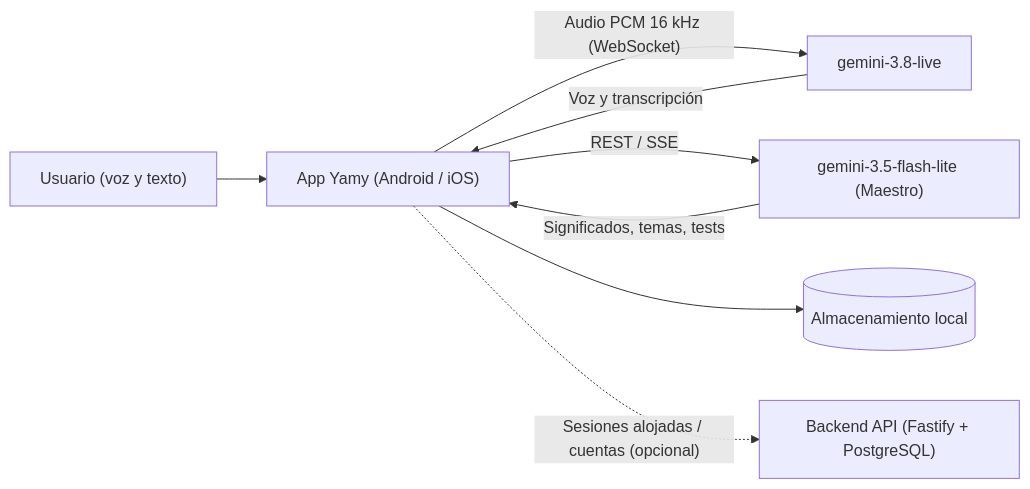
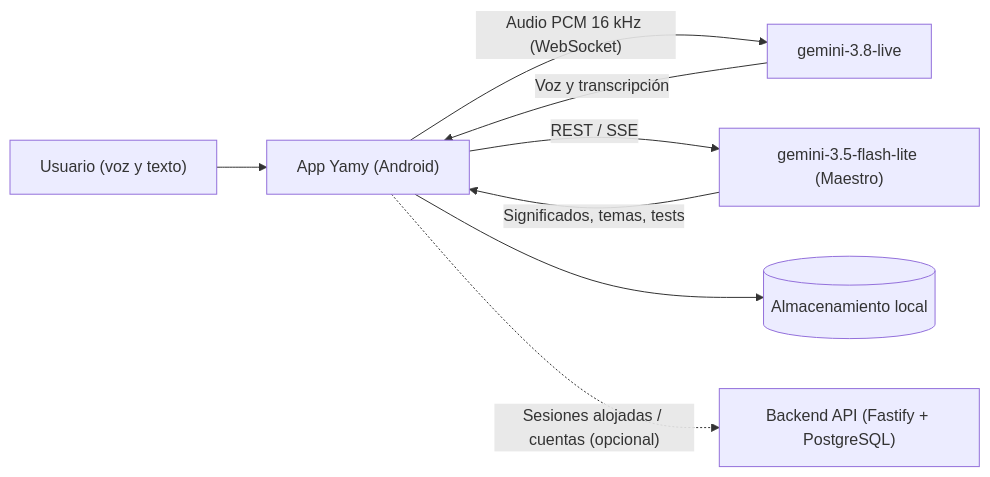
One commit to KelmerOC/Yamy changed the diagram in docs/arquitectura.md. Above: the diagram before and after it, drawn with Mermaid. The commit also changed other lines of this file and 6 other files, not shown here.

````diff
--- a/docs/arquitectura.md
+++ b/docs/arquitectura.md
@@ -3,10 +3,10 @@
 ```mermaid
 flowchart LR
-    U["Usuario (voz y texto)"] --> A["App Yamy (Android / iOS)"]
+    U["Usuario (voz y texto)"] --> A["App Yamy (Android)"]
     A -- "Audio PCM 16 kHz (WebSocket)" --> L["gemini-3.8-live"]
     L -- "Voz y transcripción" --> A
     A -- "REST / SSE" --> F["gemini-3.5-flash-lite (Maestro)"]
     F -- "Significados, temas, tests" --> A
     A --> D[("Almacenamiento local")]
     A -. "Sesiones alojadas / cuentas (opcional)" .-> B["Backend API (Fastify + PostgreSQL)"]
 ```
````
